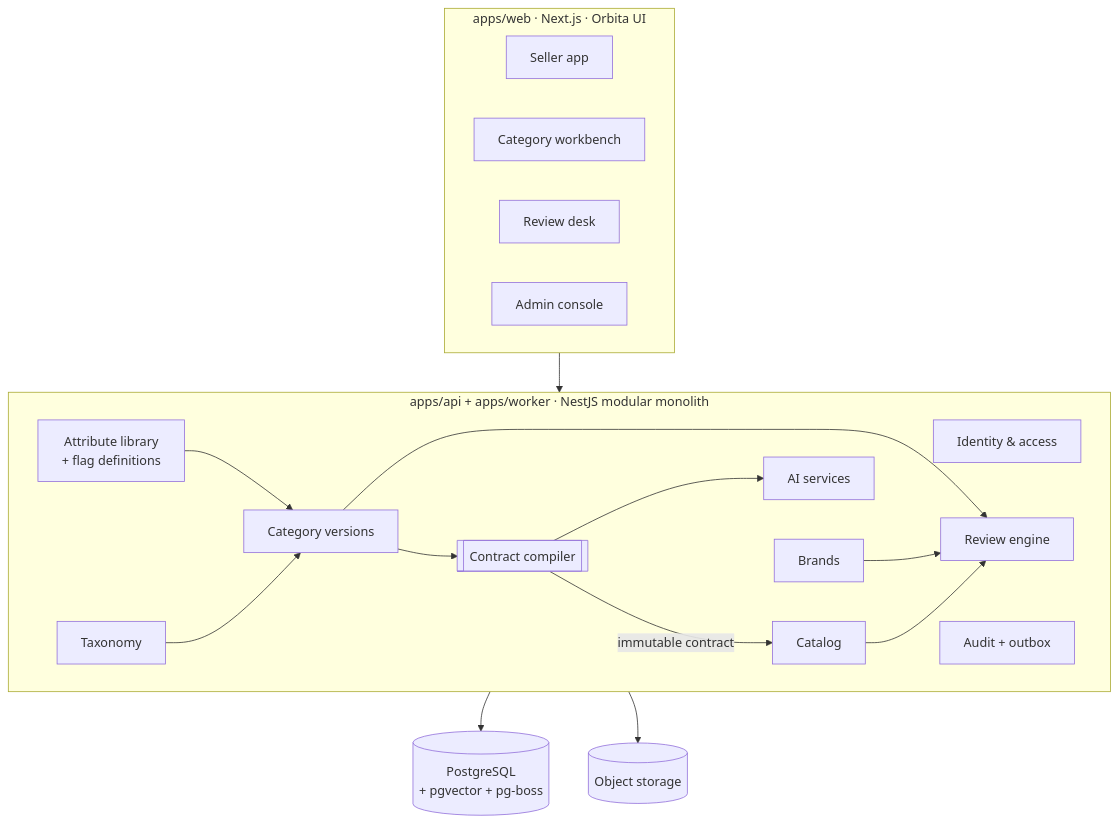
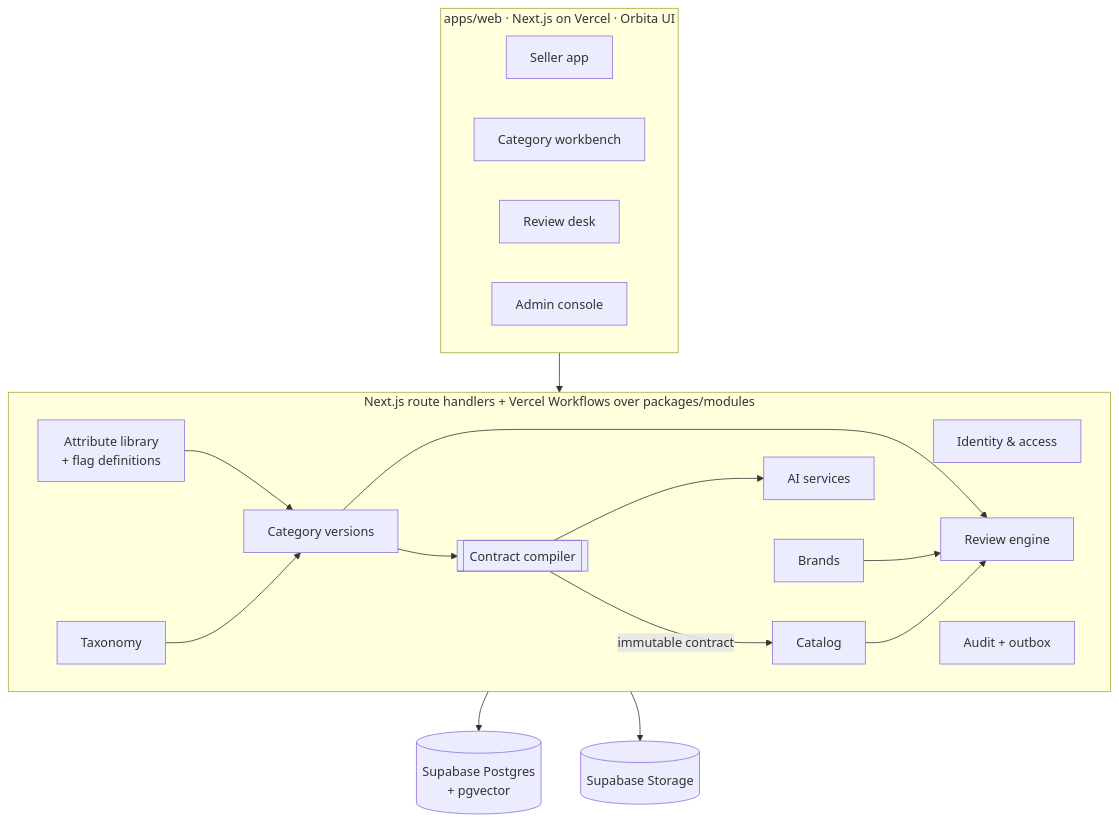
One commit to anuragsinghv25-lab/my-own-marketplace changed the diagram in docs/architecture/README.md. Above: the diagram before and after it, drawn with Mermaid. The commit also changed other lines of this file and 26 other files, not shown here.

First line of the commit message:
Add release plan (R0-R9) and Vercel + Supabase deployment architecture

````diff
--- a/docs/architecture/README.md
+++ b/docs/architecture/README.md
@@ -20,30 +23,30 @@
 ```mermaid
 flowchart TB
-  subgraph Web["apps/web · Next.js · Orbita UI"]
+  subgraph Web["apps/web · Next.js on Vercel · Orbita UI"]
     S[Seller app]
     WB[Category workbench]
     RD[Review desk]
     AC[Admin console]
   end
-  subgraph Backend["apps/api + apps/worker · NestJS modular monolith"]
+  subgraph Backend["Next.js route handlers + Vercel Workflows over packages/modules"]
     IAM[Identity & access]
     LIB[Attribute library<br/>+ flag definitions]
     TAX[Taxonomy]
     CV[Category versions]
     CC[[Contract compiler]]
     BR[Brands]
     CAT[Catalog]
     REV[Review engine]
     AI[AI services]
     AUD[Audit + outbox]
   end
-  PG[(PostgreSQL<br/>+ pgvector + pg-boss)]
-  S3[(Object storage)]
+  PG[(Supabase Postgres<br/>+ pgvector)]
+  S3[(Supabase Storage)]
   Web --> Backend
   LIB & TAX --> CV --> CC
   CC -- immutable contract --> CAT
   CC --> AI
   CV & BR & CAT --> REV
   Backend --> PG
   Backend --> S3
 ```
````
